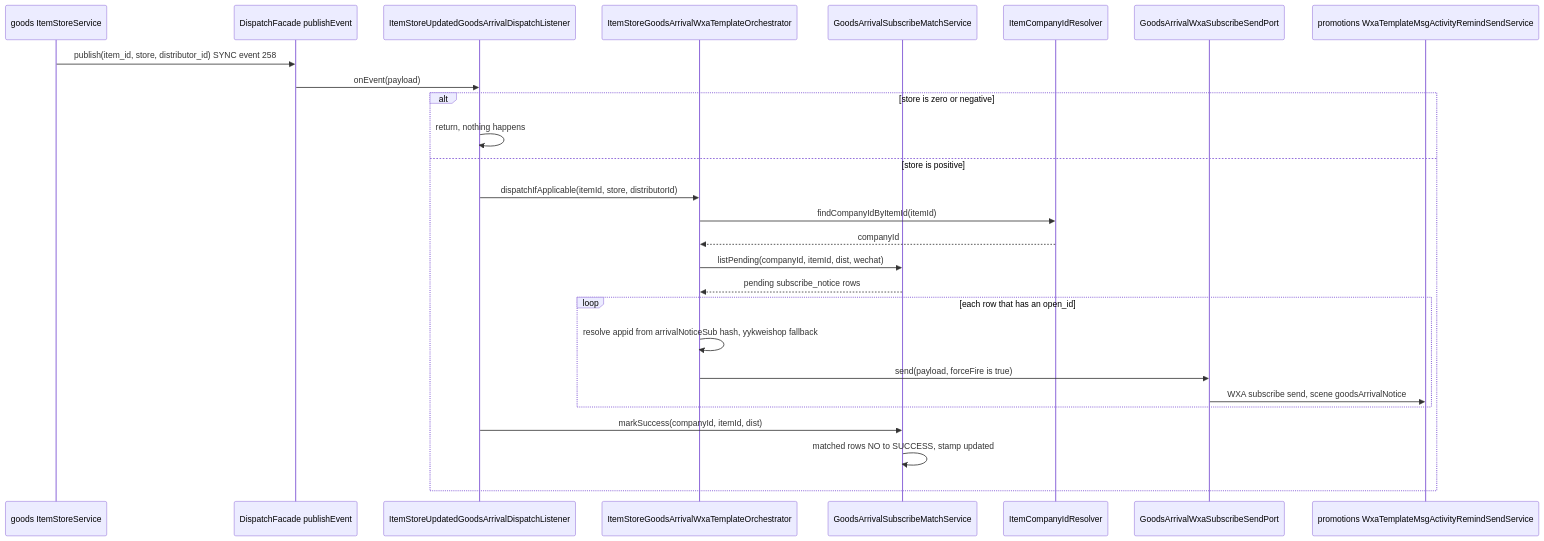
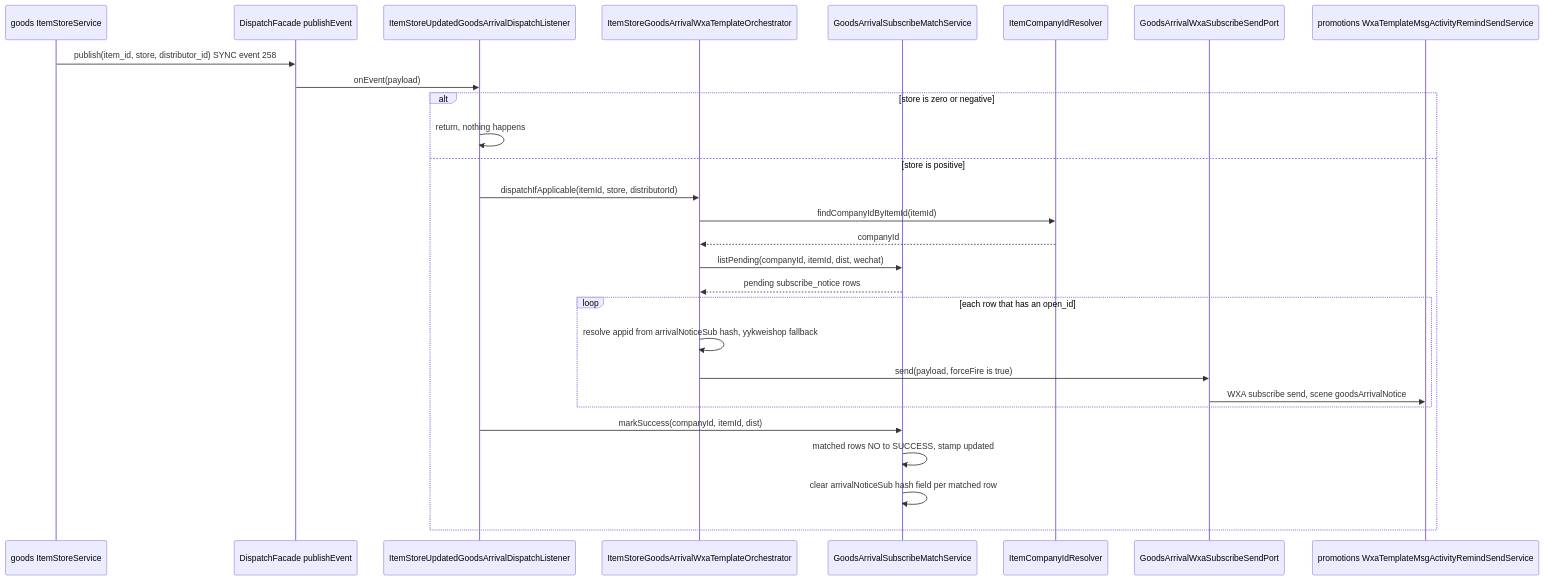
One commit to ShopeX/ECShopX-Java changed the second of 2 diagrams in openwiki/domains/members.md. Above: the diagram before and after it, drawn with Mermaid. The commit also changed other lines of this file and 321 other files, not shown here.

````diff
--- a/openwiki/domains/members.md
+++ b/openwiki/domains/members.md
@@ -348,30 +350,31 @@
 ```mermaid
 sequenceDiagram
     participant GS as goods ItemStoreService
     participant BUS as DispatchFacade publishEvent
     participant LIS as ItemStoreUpdatedGoodsArrivalDispatchListener
     participant ORC as ItemStoreGoodsArrivalWxaTemplateOrchestrator
     participant MCH as GoodsArrivalSubscribeMatchService
     participant RES as ItemCompanyIdResolver
     participant ADP as GoodsArrivalWxaSubscribeSendPort
     participant SND as promotions WxaTemplateMsgActivityRemindSendService
 
     GS->>BUS: publish(item_id, store, distributor_id) SYNC event 258
     BUS->>LIS: onEvent(payload)
     alt store is zero or negative
         LIS->>LIS: return, nothing happens
     else store is positive
         LIS->>ORC: dispatchIfApplicable(itemId, store, distributorId)
         ORC->>RES: findCompanyIdByItemId(itemId)
         RES-->>ORC: companyId
         ORC->>MCH: listPending(companyId, itemId, dist, wechat)
         MCH-->>ORC: pending subscribe_notice rows
         loop each row that has an open_id
             ORC->>ORC: resolve appid from arrivalNoticeSub hash, yykweishop fallback
             ORC->>ADP: send(payload, forceFire is true)
             ADP->>SND: WXA subscribe send, scene goodsArrivalNotice
         end
         LIS->>MCH: markSuccess(companyId, itemId, dist)
         MCH->>MCH: matched rows NO to SUCCESS, stamp updated
+        MCH->>MCH: clear arrivalNoticeSub hash field per matched row
     end
 ```
````
